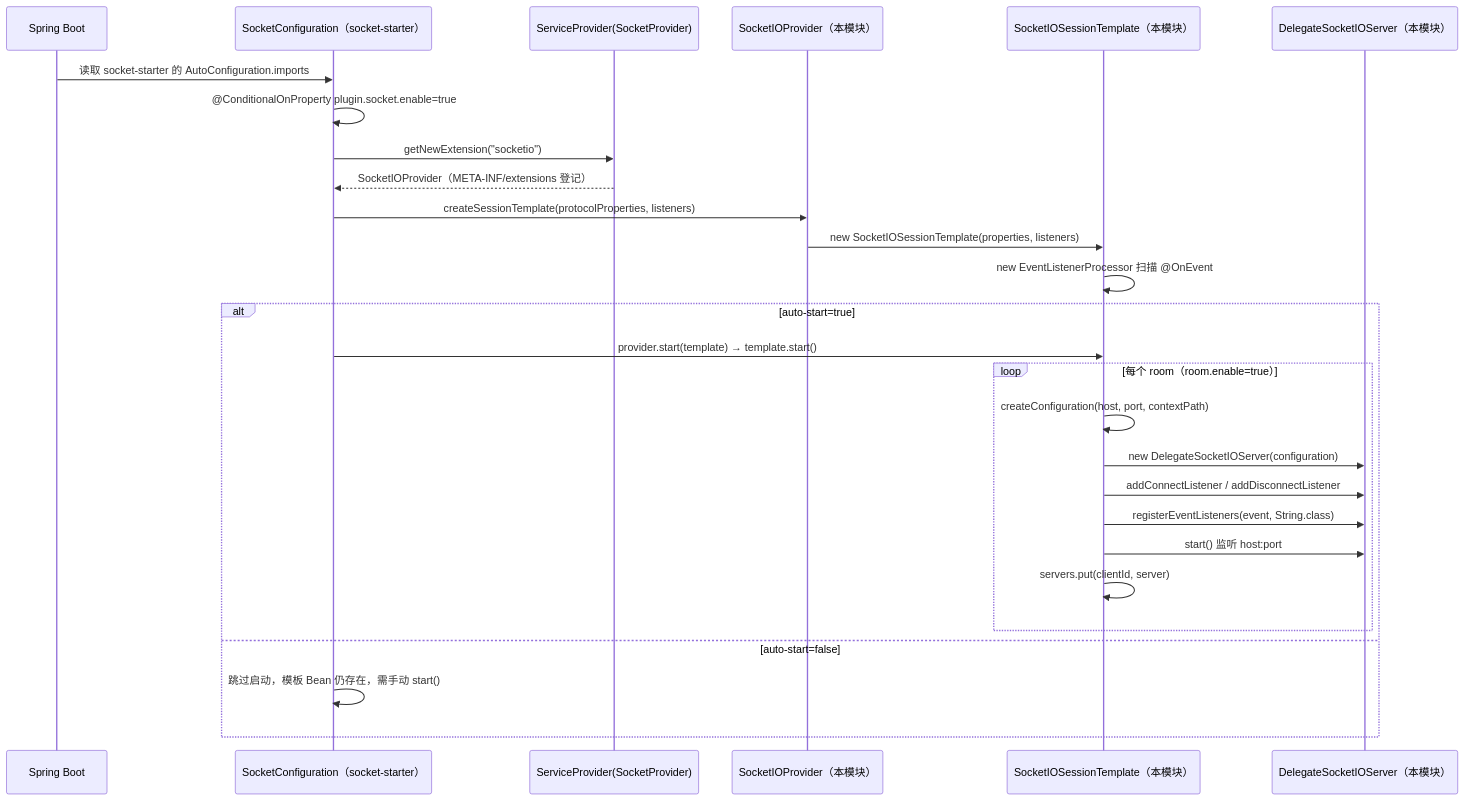
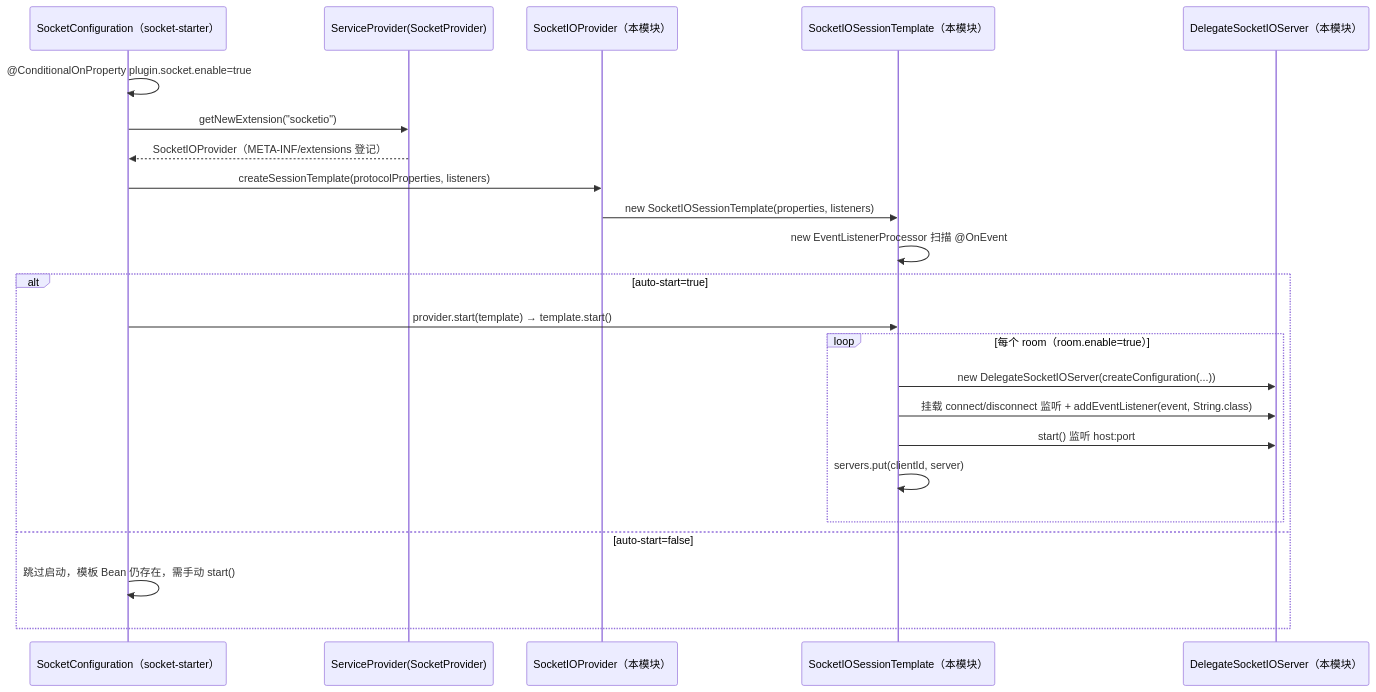
Before and after one commit to CHTK001/spring-support-parent-starter: the second of 2 diagrams in spring-support-socket-io-starter/README.md, drawn with Mermaid. The commit also changed other lines of this file and 54 other files, not shown here.

````diff
--- a/spring-support-socket-io-starter/README.md
+++ b/spring-support-socket-io-starter/README.md
@@ -96,30 +60,26 @@
 ```mermaid
 sequenceDiagram
-    participant Boot as Spring Boot
     participant Cfg as SocketConfiguration（socket-starter）
     participant Spi as ServiceProvider(SocketProvider)
     participant Prov as SocketIOProvider（本模块）
     participant Tpl as SocketIOSessionTemplate（本模块）
     participant Srv as DelegateSocketIOServer（本模块）
 
-    Boot->>Cfg: 读取 socket-starter 的 AutoConfiguration.imports
     Cfg->>Cfg: @ConditionalOnProperty plugin.socket.enable=true
     Cfg->>Spi: getNewExtension("socketio")
     Spi-->>Cfg: SocketIOProvider（META-INF/extensions 登记）
     Cfg->>Prov: createSessionTemplate(protocolProperties, listeners)
     Prov->>Tpl: new SocketIOSessionTemplate(properties, listeners)
     Tpl->>Tpl: new EventListenerProcessor 扫描 @OnEvent
     alt auto-start=true
         Cfg->>Tpl: provider.start(template) → template.start()
         loop 每个 room（room.enable=true）
-            Tpl->>Tpl: createConfiguration(host, port, contextPath)
-            Tpl->>Srv: new DelegateSocketIOServer(configuration)
-            Tpl->>Srv: addConnectListener / addDisconnectListener
-            Tpl->>Srv: registerEventListeners(event, String.class)
+            Tpl->>Srv: new DelegateSocketIOServer(createConfiguration(...))
+            Tpl->>Srv: 挂载 connect/disconnect 监听 + addEventListener(event, String.class)
             Tpl->>Srv: start() 监听 host:port
             Tpl->>Tpl: servers.put(clientId, server)
         end
     else auto-start=false
         Cfg->>Cfg: 跳过启动，模板 Bean 仍存在，需手动 start()
     end
 ```
````
